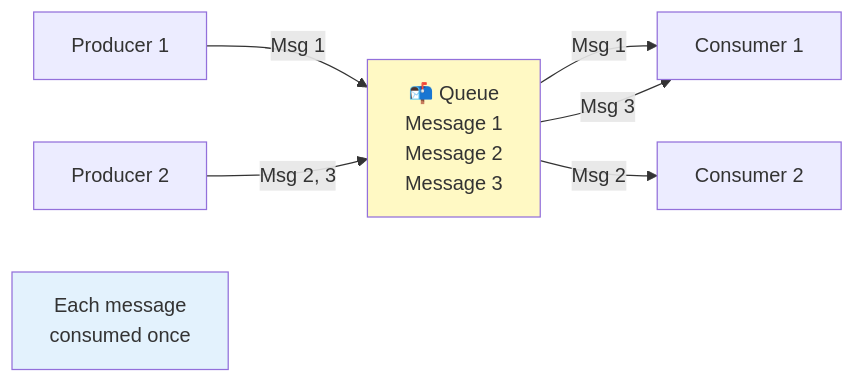
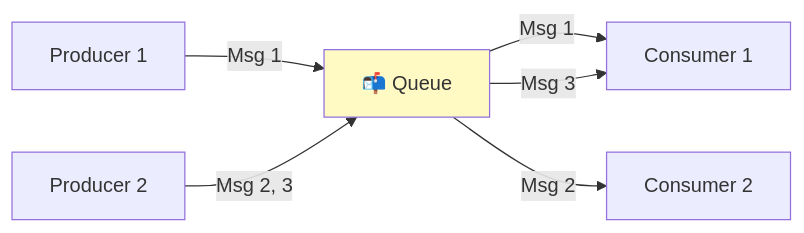
Before and after one commit to p1kmr/for-reading: the fifth of 11 diagrams in HLD/foundation/04_message-queues.md, drawn with Mermaid. The commit also changed other lines of this file and 2 other files, not shown here.

Commit message:
Fix Mermaid rendering issues in Databases and Message Queues guides by simplifying complex diagrams

````diff
--- a/HLD/foundation/04_message-queues.md
+++ b/HLD/foundation/04_message-queues.md
@@ -129,22 +121,19 @@
 ```mermaid
 graph LR
     P1[Producer 1]
     P2[Producer 2]
 
-    Queue[📬 Queue<br/>Message 1<br/>Message 2<br/>Message 3]
+    Queue[📬 Queue]
 
     C1[Consumer 1]
     C2[Consumer 2]
 
     P1 -->|Msg 1| Queue
     P2 -->|Msg 2, 3| Queue
 
     Queue -->|Msg 1| C1
     Queue -->|Msg 2| C2
     Queue -->|Msg 3| C1
 
-    Note[Each message<br/>consumed once]
-
     style Queue fill:#fff9c4
-    style Note fill:#e3f2fd
 ```
````
